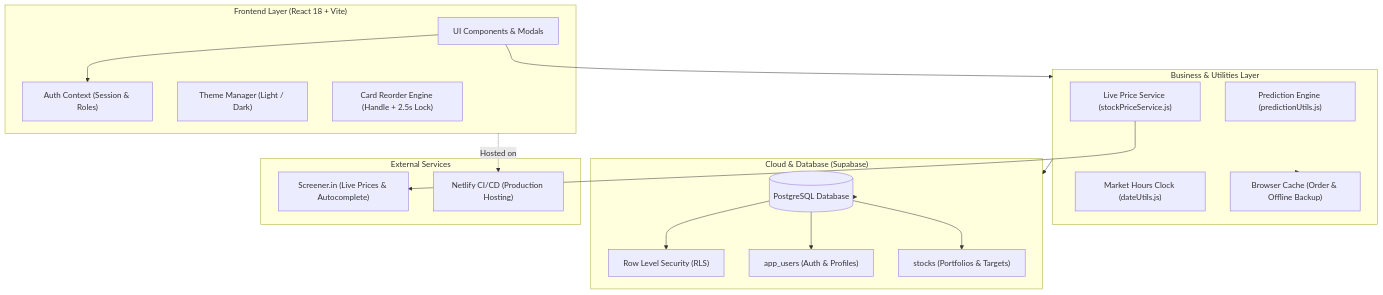
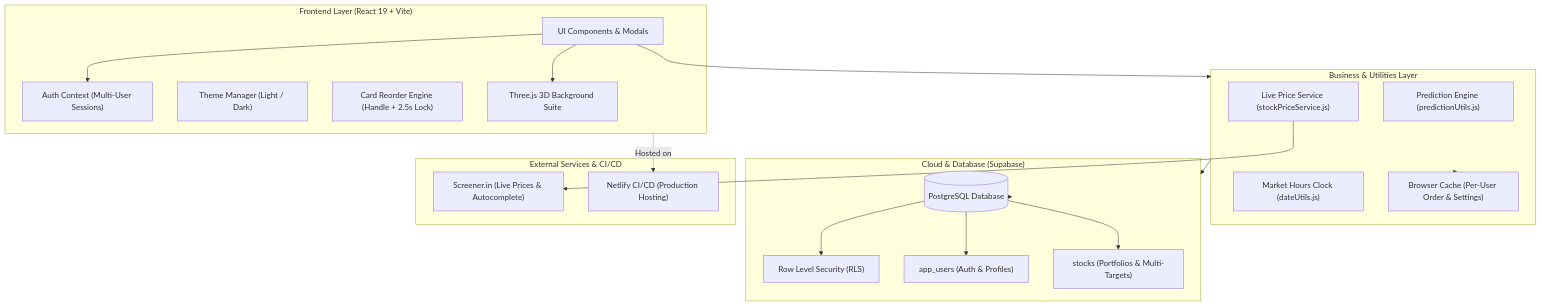
One commit to harshit2490/predifolio changed the diagram in README.md. Above: the diagram before and after it, drawn with Mermaid. The commit also changed other lines of this file, not shown here.

Commit message:
docs: update README with Three.js 3D background, multi-user auth, and Netlify CI/CD details

````diff
--- a/README.md
+++ b/README.md
@@ -47,39 +59,41 @@
 ```mermaid
 graph TD
-    subgraph Client["Frontend Layer (React 18 + Vite)"]
+    subgraph Client["Frontend Layer (React 19 + Vite)"]
         UI["UI Components & Modals"]
-        AuthCtx["Auth Context (Session & Roles)"]
+        AuthCtx["Auth Context (Multi-User Sessions)"]
         ThemeMgr["Theme Manager (Light / Dark)"]
         DnDEngine["Card Reorder Engine (Handle + 2.5s Lock)"]
+        ThreeJS["Three.js 3D Background Suite"]
     end
 
     subgraph Logic["Business & Utilities Layer"]
         PredEngine["Prediction Engine (predictionUtils.js)"]
         PriceSvc["Live Price Service (stockPriceService.js)"]
         DateSvc["Market Hours Clock (dateUtils.js)"]
-        LocalCache["Browser Cache (Order & Offline Backup)"]
+        LocalCache["Browser Cache (Per-User Order & Settings)"]
     end
 
     subgraph Backend["Cloud & Database (Supabase)"]
         Postgres[("PostgreSQL Database")]
         RLS["Row Level Security (RLS)"]
         UsersTable["app_users (Auth & Profiles)"]
-        StocksTable["stocks (Portfolios & Targets)"]
+        StocksTable["stocks (Portfolios & Multi-Targets)"]
     end
 
-    subgraph External["External Services"]
+    subgraph External["External Services & CI/CD"]
         Screener["Screener.in (Live Prices & Autocomplete)"]
         Netlify["Netlify CI/CD (Production Hosting)"]
     end
 
     UI --> AuthCtx
     UI --> Logic
+    UI --> ThreeJS
     Logic --> LocalCache
     Logic --> Backend
     PriceSvc --> Screener
     Backend --> Postgres
     Postgres --> UsersTable
     Postgres --> StocksTable
     Postgres --> RLS
     Client -. Hosted on .-> Netlify
 ```
````
